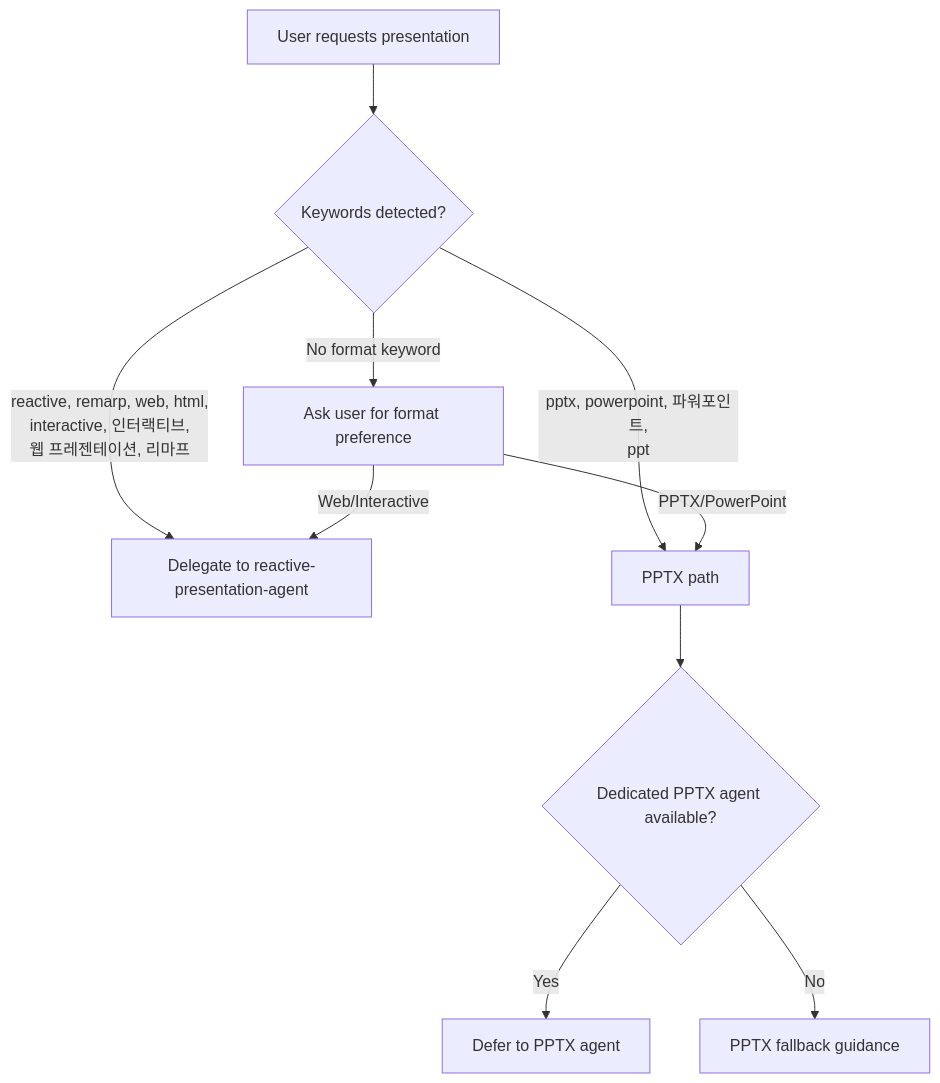
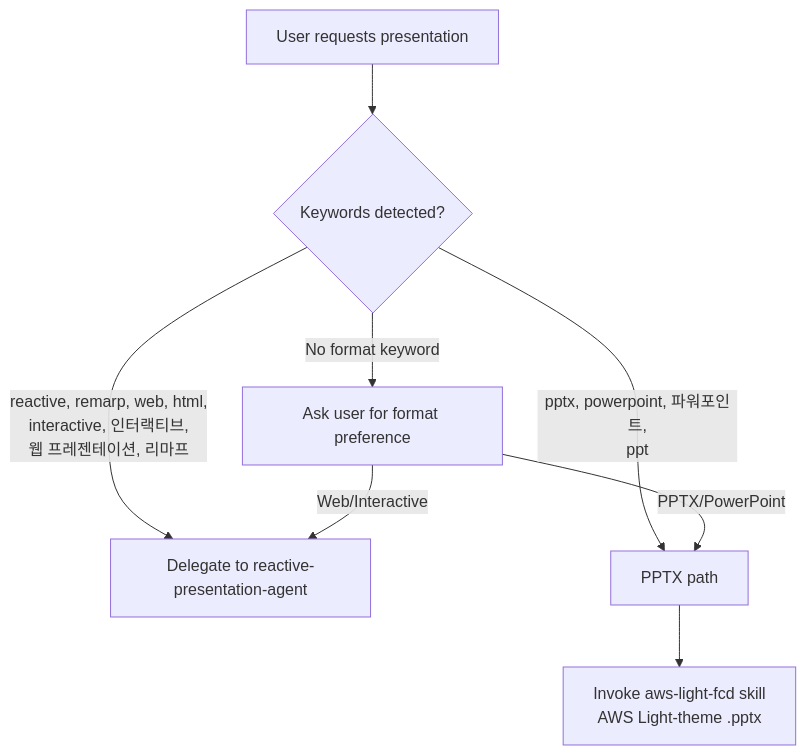
One commit to Atom-oh/oh-my-cloud-skills changed the diagram in plugins/aws-content-plugin/agents/presentation-agent.md. Above: the diagram before and after it, drawn with Mermaid. The commit also changed other lines of this file and 48 other files, not shown here.

````diff
--- a/plugins/aws-content-plugin/agents/presentation-agent.md
+++ b/plugins/aws-content-plugin/agents/presentation-agent.md
@@ -16,12 +16,10 @@
 ```mermaid
 graph TD
     A[User requests presentation] --> B{Keywords detected?}
     B -->|reactive, remarp, web, html,<br/>interactive, 인터랙티브,<br/>웹 프레젠테이션, 리마프| C[Delegate to reactive-presentation-agent]
     B -->|pptx, powerpoint, 파워포인트,<br/>ppt| D[PPTX path]
     B -->|No format keyword| E[Ask user for format preference]
     E -->|Web/Interactive| C
     E -->|PPTX/PowerPoint| D
-    D --> F{Dedicated PPTX agent available?}
-    F -->|Yes| G[Defer to PPTX agent]
-    F -->|No| H[PPTX fallback guidance]
+    D --> G[Invoke aws-light-fcd skill<br/>AWS Light-theme .pptx]
 ```
````
